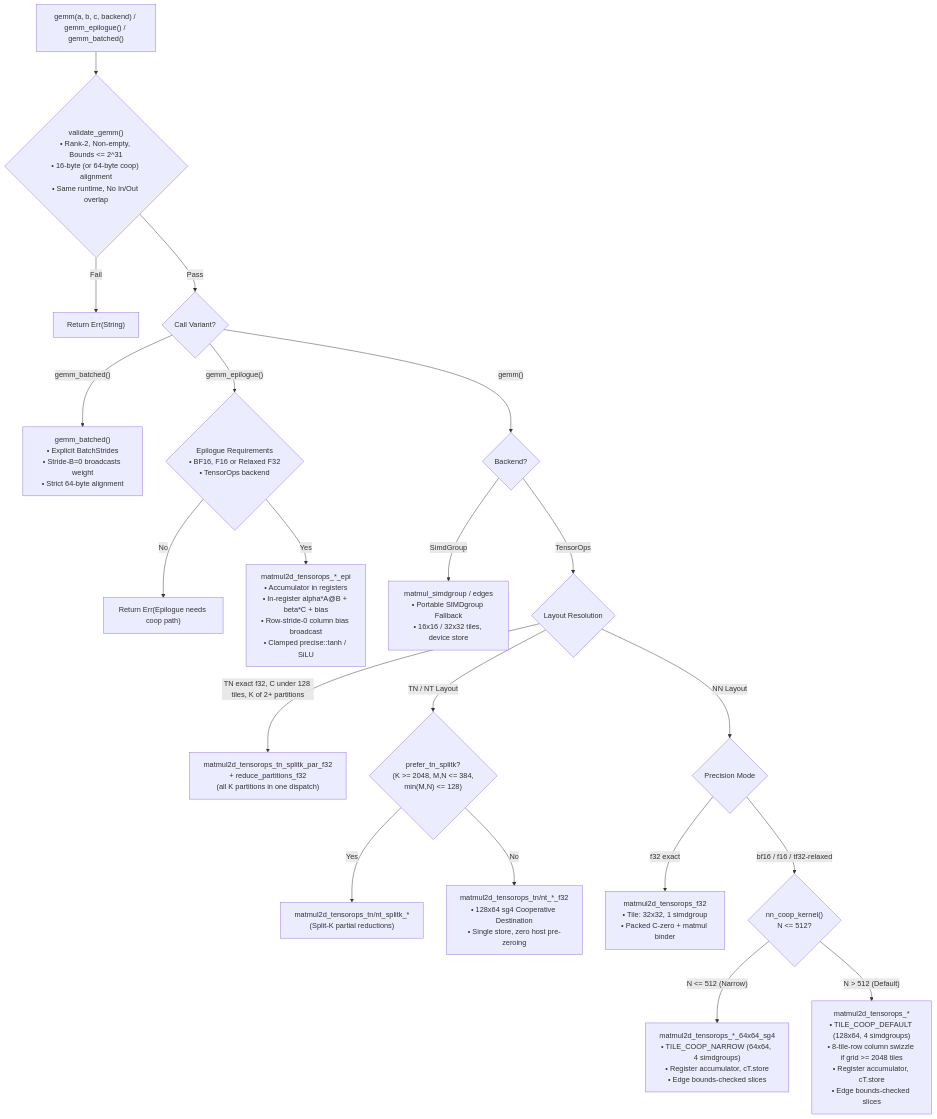
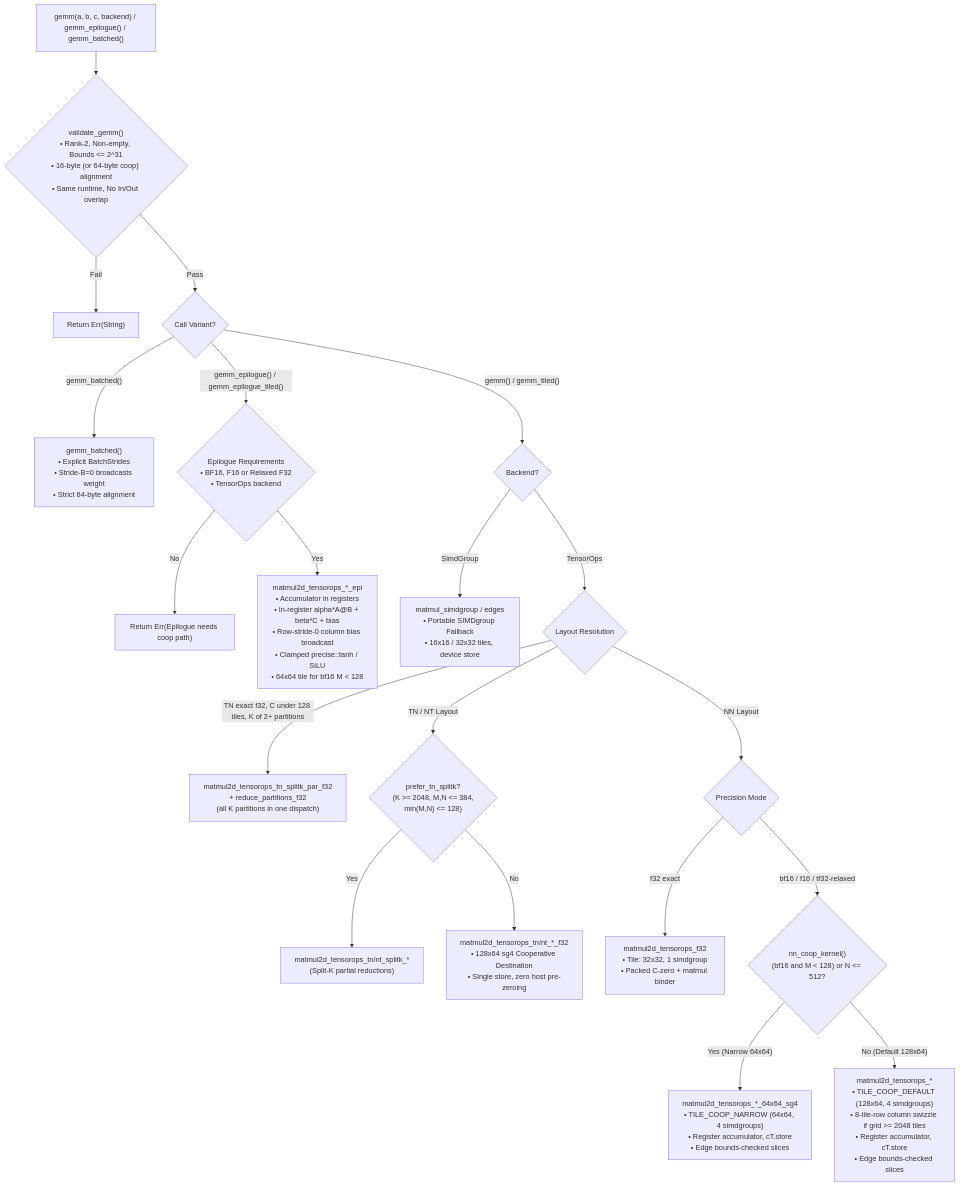
One commit to bharathvbcr/tessl changed the first of 8 diagrams in docs/architecture.md. Above: the diagram before and after it, drawn with Mermaid. The commit also changed other lines of this file and 5 other files, not shown here.

Commit message:
docs: update architecture, verification, benchmarks, and changelog for short-M tiles and epilogues

````diff
--- a/docs/architecture.md
+++ b/docs/architecture.md
@@ -11,31 +11,31 @@
 ```mermaid
 flowchart TD
     Start["gemm(a, b, c, backend) / gemm_epilogue() / gemm_batched()"] --> Validate{"validate_gemm()<br/>• Rank-2, Non-empty, Bounds &lt;= 2^31<br/>• 16-byte (or 64-byte coop) alignment<br/>• Same runtime, No In/Out overlap"}
     Validate -- Fail --> Err["Return Err(String)"]
     Validate -- Pass --> ModeCheck{"Call Variant?"}
 
     ModeCheck -- "gemm_batched()" --> Batched["gemm_batched()<br/>• Explicit BatchStrides<br/>• Stride-B=0 broadcasts weight<br/>• Strict 64-byte alignment"]
-    ModeCheck -- "gemm_epilogue()" --> EpiCheck{"Epilogue Requirements<br/>• BF16, F16 or Relaxed F32<br/>• TensorOps backend"}
+    ModeCheck -- "gemm_epilogue() / gemm_epilogue_tiled()" --> EpiCheck{"Epilogue Requirements<br/>• BF16, F16 or Relaxed F32<br/>• TensorOps backend"}
     EpiCheck -- No --> EpiErr["Return Err(Epilogue needs coop path)"]
-    EpiCheck -- Yes --> EpiDispatch["matmul2d_tensorops_*_epi<br/>• Accumulator in registers<br/>• In-register alpha*A@B + beta*C + bias<br/>• Row-stride-0 column bias broadcast<br/>• Clamped precise::tanh / SiLU"]
+    EpiCheck -- Yes --> EpiDispatch["matmul2d_tensorops_*_epi<br/>• Accumulator in registers<br/>• In-register alpha*A@B + beta*C + bias<br/>• Row-stride-0 column bias broadcast<br/>• Clamped precise::tanh / SiLU<br/>• 64x64 tile for bf16 M &lt; 128"]
     
-    ModeCheck -- "gemm()" --> BackendCheck{"Backend?"}
+    ModeCheck -- "gemm() / gemm_tiled()" --> BackendCheck{"Backend?"}
 
     BackendCheck -- SimdGroup --> SimdGroupKernel["matmul_simdgroup / edges<br/>• Portable SIMDgroup Fallback<br/>• 16x16 / 32x32 tiles, device store"]
     BackendCheck -- TensorOps --> LayoutCheck{"Layout Resolution"}
 
     LayoutCheck -- "TN exact f32, C under 128 tiles, K of 2+ partitions" --> ParTN["matmul2d_tensorops_tn_splitk_par_f32<br/>+ reduce_partitions_f32<br/>(all K partitions in one dispatch)"]
     LayoutCheck -- "TN / NT Layout" --> SplitKCheck{"prefer_tn_splitk?<br/>(K &gt;= 2048, M,N &lt;= 384,<br/>min(M,N) &lt;= 128)"}
     SplitKCheck -- Yes --> SplitKKernel["matmul2d_tensorops_tn/nt_splitk_*<br/>(Split-K partial reductions)"]
     SplitKCheck -- No --> CoopTN["matmul2d_tensorops_tn/nt_*_f32<br/>• 128x64 sg4 Cooperative Destination<br/>• Single store, zero host pre-zeroing"]
 
     LayoutCheck -- "NN Layout" --> PrecisionCheck{"Precision Mode"}
     
     PrecisionCheck -- "f32 exact" --> F32Exact["matmul2d_tensorops_f32<br/>• Tile: 32x32, 1 simdgroup<br/>• Packed C-zero + matmul binder"]
     
-    PrecisionCheck -- "bf16 / f16 / tf32-relaxed" --> NNTable{"nn_coop_kernel()<br/>N &lt;= 512?"}
+    PrecisionCheck -- "bf16 / f16 / tf32-relaxed" --> NNTable{"nn_coop_kernel()<br/>(bf16 and M &lt; 128) or N &lt;= 512?"}
     
-    NNTable -- "N &lt;= 512 (Narrow)" --> NNNarrow["matmul2d_tensorops_*_64x64_sg4<br/>• TILE_COOP_NARROW (64x64, 4 simdgroups)<br/>• Register accumulator, cT.store<br/>• Edge bounds-checked slices"]
+    NNTable -- "Yes (Narrow 64x64)" --> NNNarrow["matmul2d_tensorops_*_64x64_sg4<br/>• TILE_COOP_NARROW (64x64, 4 simdgroups)<br/>• Register accumulator, cT.store<br/>• Edge bounds-checked slices"]
     
-    NNTable -- "N &gt; 512 (Default)" --> NNDefault["matmul2d_tensorops_*<br/>• TILE_COOP_DEFAULT (128x64, 4 simdgroups)<br/>• 8-tile-row column swizzle if grid &gt;= 2048 tiles<br/>• Register accumulator, cT.store<br/>• Edge bounds-checked slices"]
+    NNTable -- "No (Default 128x64)" --> NNDefault["matmul2d_tensorops_*<br/>• TILE_COOP_DEFAULT (128x64, 4 simdgroups)<br/>• 8-tile-row column swizzle if grid &gt;= 2048 tiles<br/>• Register accumulator, cT.store<br/>• Edge bounds-checked slices"]
 ```
````
